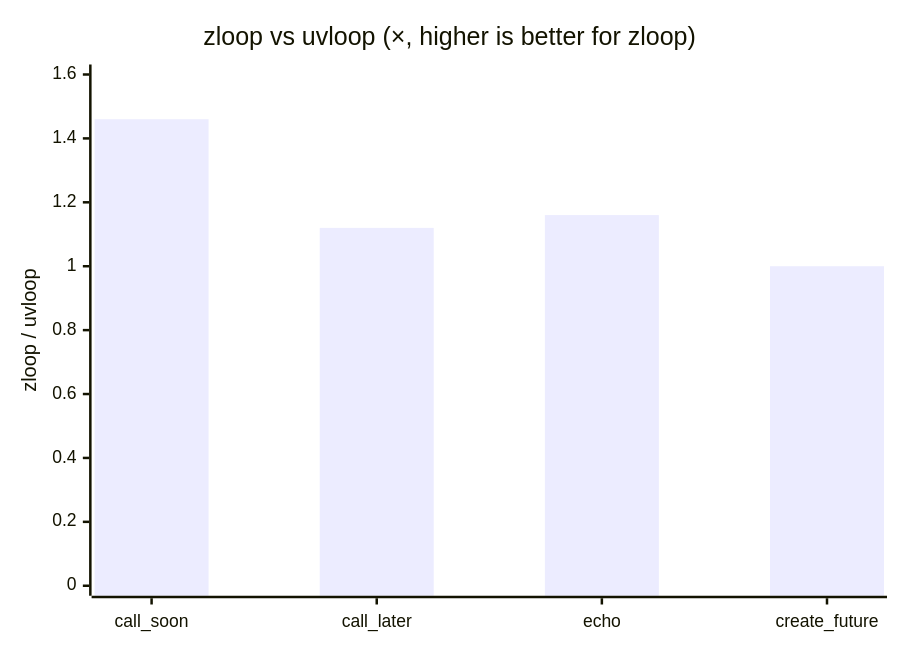
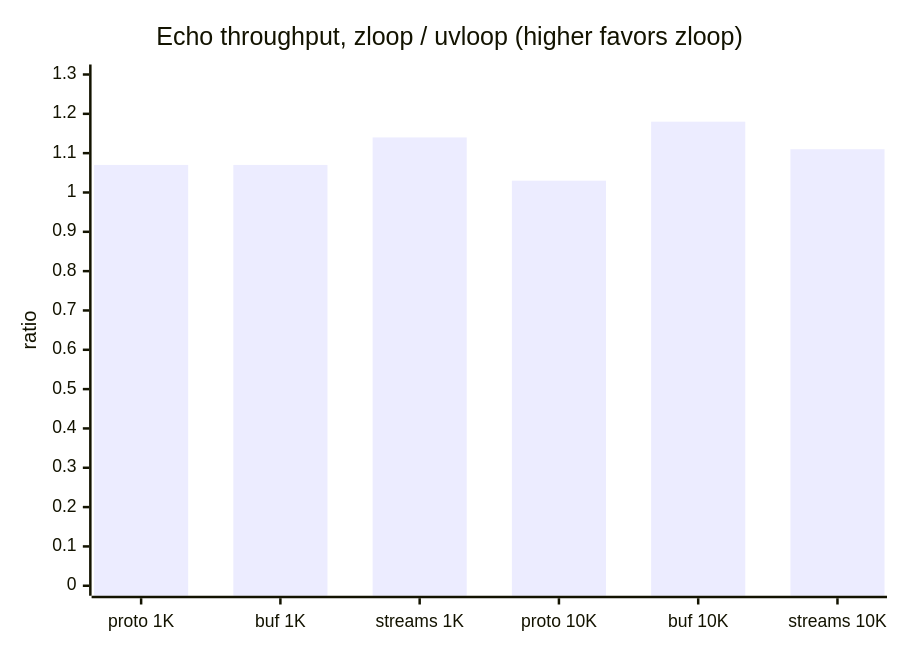
One commit to Kludex/zloop changed the diagram in docs/reference/performance.md. Above: the diagram before and after it, drawn with Mermaid. The commit also changed other lines of this file and 15 other files, not shown here.

First line of the commit message:
Docs: fix mermaid rendering, drop hardcoded fills, em-dashes, update perf

````diff
--- a/docs/reference/performance.md
+++ b/docs/reference/performance.md
@@ -27,7 +34,7 @@
 ```mermaid
 xychart-beta
-    title "zloop vs uvloop (×, higher is better for zloop)"
-    x-axis ["call_soon", "call_later", "echo", "create_future"]
-    y-axis "zloop / uvloop" 0 --> 1.6
-    bar [1.46, 1.12, 1.16, 1.00]
+    title "Echo throughput, zloop / uvloop (higher favors zloop)"
+    x-axis ["proto 1K", "buf 1K", "streams 1K", "proto 10K", "buf 10K", "streams 10K"]
+    y-axis "ratio" 0 --> 1.3
+    bar [1.07, 1.07, 1.14, 1.03, 1.18, 1.11]
 ```
````
